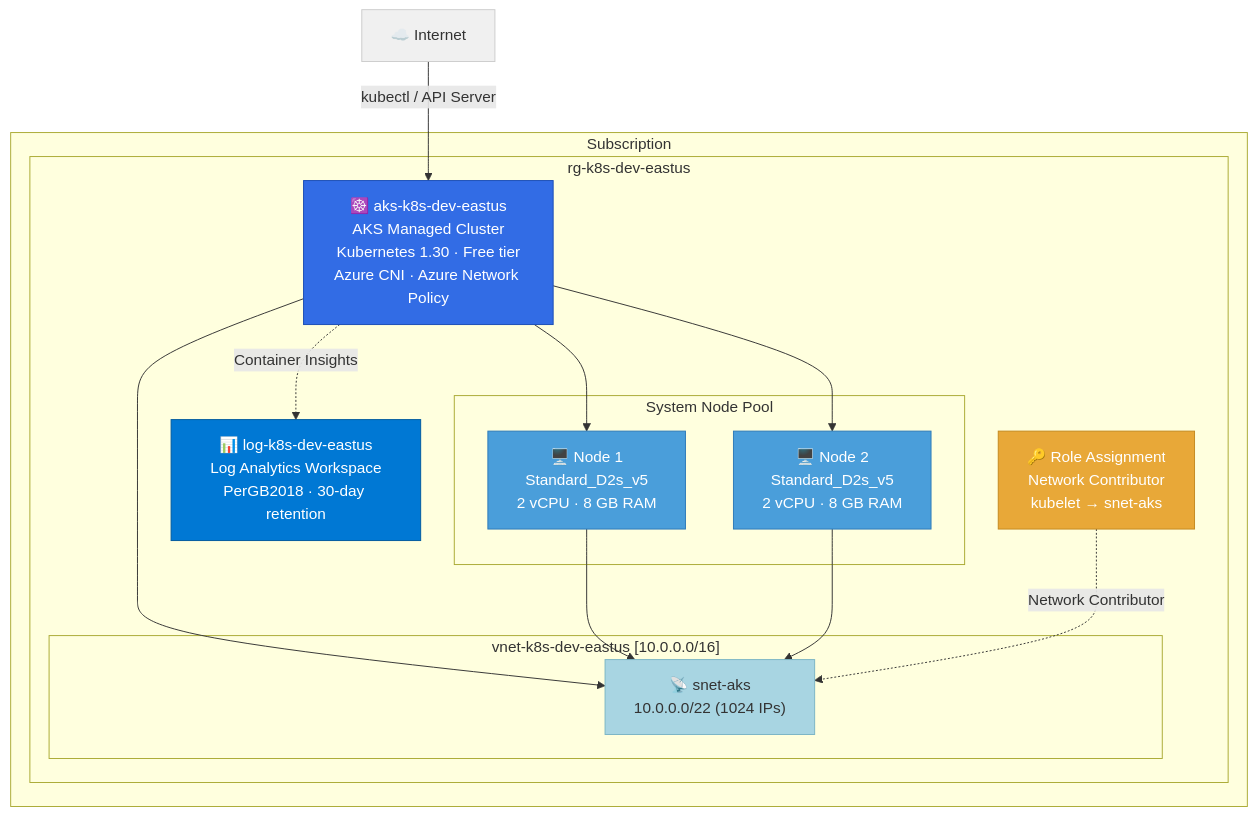
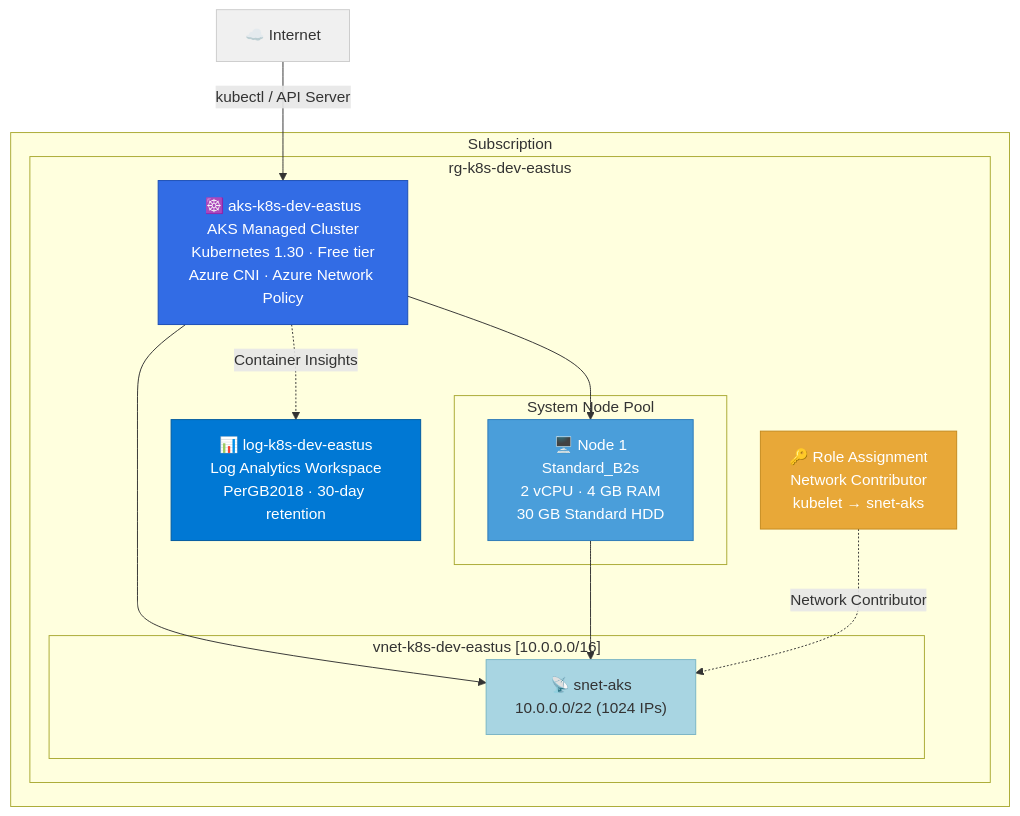
Before and after one commit to arnaudlh/git-ape: the diagram in .azure/deployments/deploy-20260331-023740/architecture.md, drawn with Mermaid. The commit also changed other lines of this file and 5 other files, not shown here.

First line of the commit message:
Reduce AKS cost 81%: Standard_B2s, 1 node, 30 GB disk (~$35/mo vs $184/mo)

````diff
--- a/.azure/deployments/deploy-20260331-023740/architecture.md
+++ b/.azure/deployments/deploy-20260331-023740/architecture.md
@@ -10,38 +10,34 @@
 ```mermaid
 graph TB
     subgraph "Subscription"
         subgraph "rg-k8s-dev-eastus"
             LOG["📊 log-k8s-dev-eastus<br/>Log Analytics Workspace<br/>PerGB2018 · 30-day retention"]
 
             subgraph "vnet-k8s-dev-eastus [10.0.0.0/16]"
                 SUBNET["📡 snet-aks<br/>10.0.0.0/22 (1024 IPs)"]
             end
 
             AKS["☸️ aks-k8s-dev-eastus<br/>AKS Managed Cluster<br/>Kubernetes 1.30 · Free tier<br/>Azure CNI · Azure Network Policy"]
 
             subgraph "System Node Pool"
-                NODE1["🖥️ Node 1<br/>Standard_D2s_v5<br/>2 vCPU · 8 GB RAM"]
-                NODE2["🖥️ Node 2<br/>Standard_D2s_v5<br/>2 vCPU · 8 GB RAM"]
+                NODE1["🖥️ Node 1<br/>Standard_B2s<br/>2 vCPU · 4 GB RAM<br/>30 GB Standard HDD"]
             end
 
             RBAC["🔑 Role Assignment<br/>Network Contributor<br/>kubelet → snet-aks"]
         end
     end
 
     Internet["☁️ Internet"] -->|"kubectl / API Server"| AKS
     AKS --> SUBNET
     AKS --> NODE1
-    AKS --> NODE2
     NODE1 --> SUBNET
-    NODE2 --> SUBNET
     AKS -.->|"Container Insights"| LOG
     RBAC -.->|"Network Contributor"| SUBNET
 
     style AKS fill:#326CE5,stroke:#1a4db5,color:#fff
     style LOG fill:#0078D4,stroke:#005a9e,color:#fff
     style SUBNET fill:#a8d5e2,stroke:#7ab5c5
     style NODE1 fill:#4a9eda,stroke:#2d7ab8,color:#fff
-    style NODE2 fill:#4a9eda,stroke:#2d7ab8,color:#fff
     style RBAC fill:#e8a838,stroke:#c4891e,color:#fff
     style Internet fill:#f0f0f0,stroke:#ccc
 ```
````
